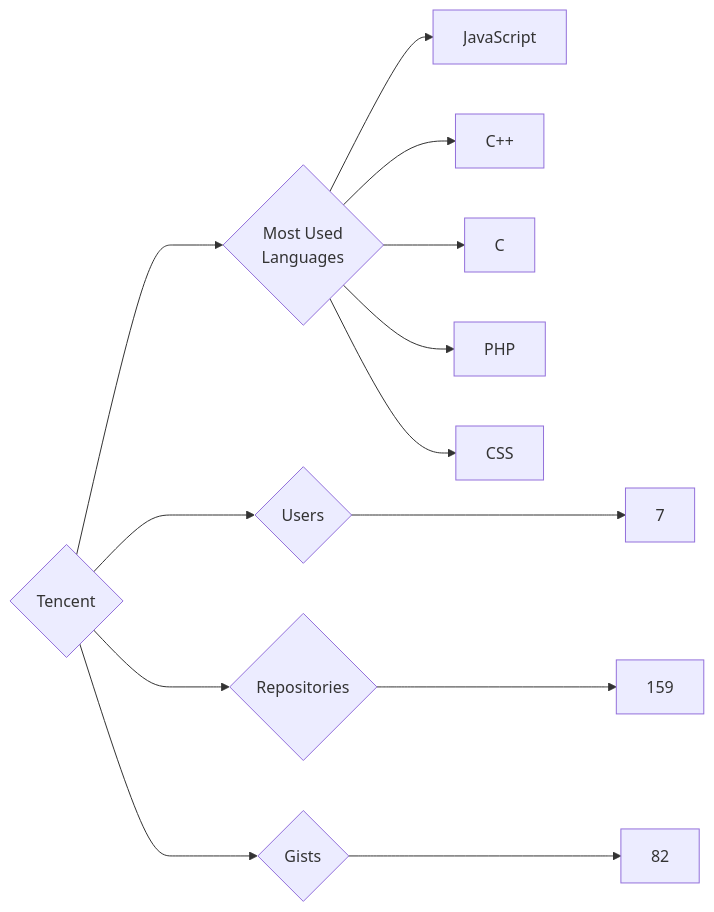
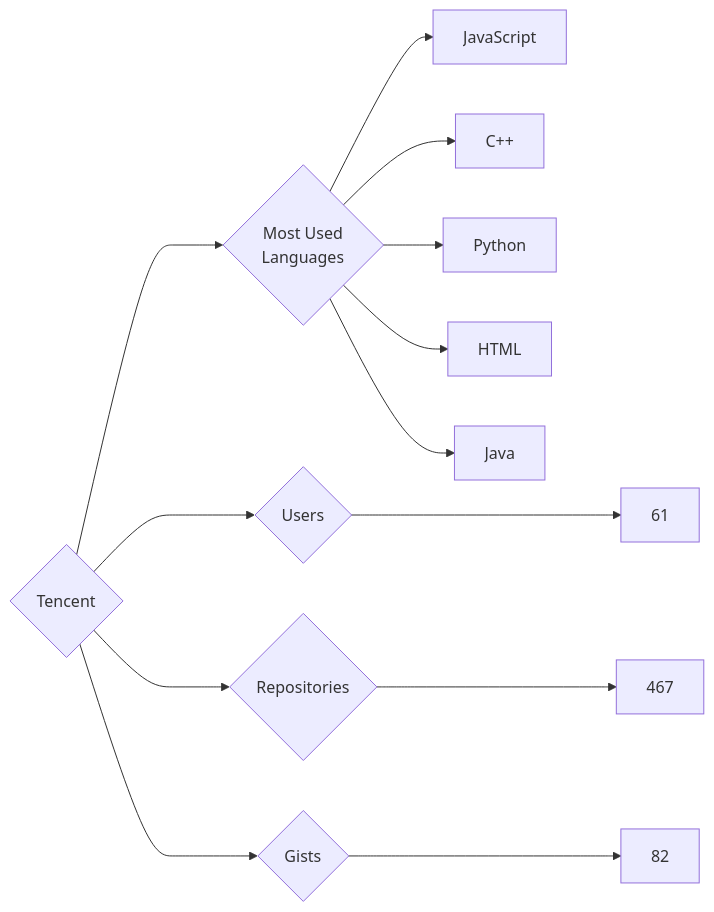
One commit to trickest/insiders changed the diagram in targets/Tencent/README.md. Above: the diagram before and after it, drawn with Mermaid. The commit also changed 770 other files, not shown here.

````diff
--- a/targets/Tencent/README.md
+++ b/targets/Tencent/README.md
@@ -3,13 +3,13 @@
 ```mermaid
 graph LR
 COMPANY_NAME{Tencent}
-COMPANY_NAME ---> U{Users} ---> UN[7]
-COMPANY_NAME ---> R{Repositories} ---> RN[159]
+COMPANY_NAME ---> U{Users} ---> UN[61]
+COMPANY_NAME ---> R{Repositories} ---> RN[467]
 COMPANY_NAME ---> G{Gists} ---> GN[82]
 COMPANY_NAME ---> ML{Most Used<br>Languages}
 ML --> JavaScript[JavaScript]
 ML --> C++[C++]
-ML --> C[C]
-ML --> PHP[PHP]
-ML --> CSS[CSS]
+ML --> Python[Python]
+ML --> HTML[HTML]
+ML --> Java[Java]
 ```
````
